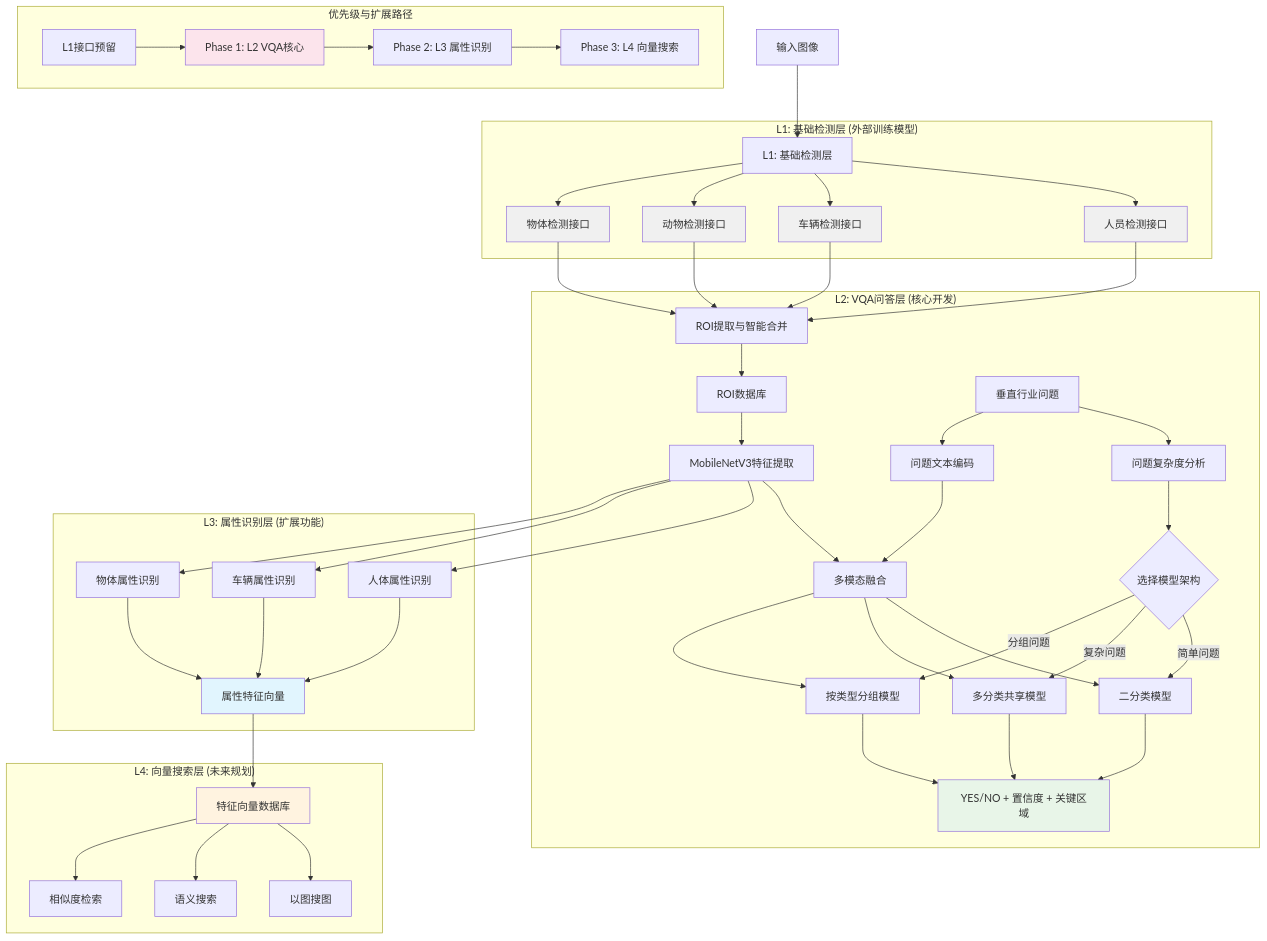
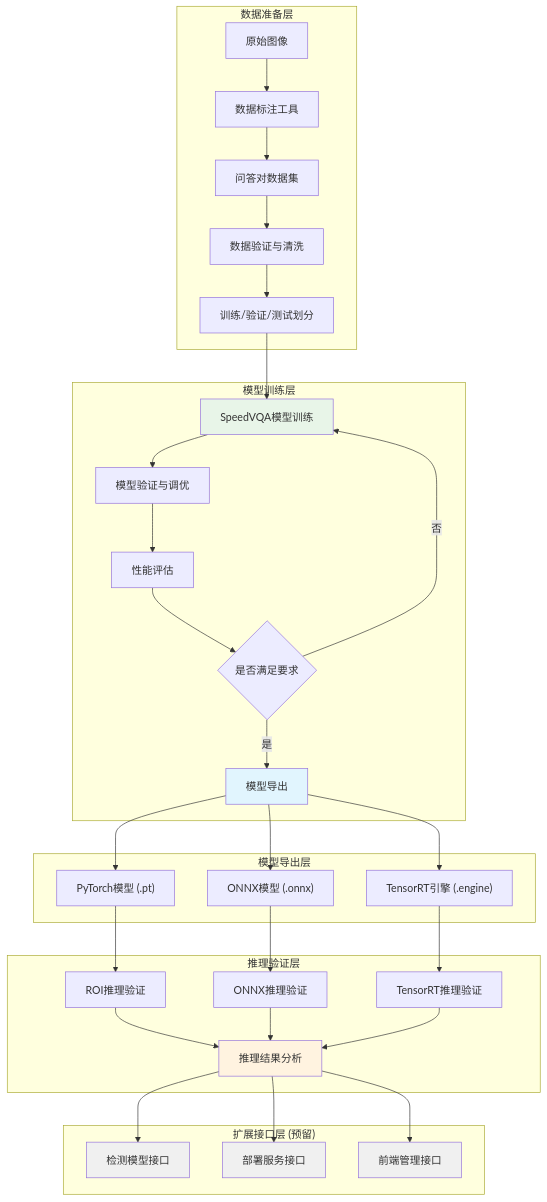
Before and after one commit to wangqiqi/SpeedVQA: the second of 12 diagrams in .kiro/specs/fast-vqa-system/requirements.md, drawn with Mermaid. The commit also changed other lines of this file, not shown here.

First line of the commit message:
完善SpeedVQA需求文档：修复Mermaid语法，重构优先级，增加扩展性接口设计

````diff
--- a/.kiro/specs/fast-vqa-system/requirements.md
+++ b/.kiro/specs/fast-vqa-system/requirements.md
@@ -48,68 +49,47 @@
 ```mermaid
 graph TD
-    A[输入图像] --> B[L1: 基础检测层]
-    
-    subgraph "L1: 基础检测层 (外部训练模型)"
-        B --> C[人员检测接口]
-        B --> D[车辆检测接口]
-        B --> E[动物检测接口]
-        B --> F[物体检测接口]
+    subgraph "数据准备层"
+        A[原始图像] --> B[数据标注工具]
+        B --> C[问答对数据集]
+        C --> D[数据验证与清洗]
+        D --> E[训练/验证/测试划分]
     end
     
-    C --> G[ROI提取与智能合并]
-    D --> G
-    E --> G
-    F --> G
-    
-    subgraph "L2: VQA问答层 (核心开发)"
-        G --> H[ROI数据库]
-        I[垂直行业问题] --> J[问题复杂度分析]
-        J --> K{选择模型架构}
-        K -->|简单问题| L[二分类模型]
-        K -->|复杂问题| M[多分类共享模型]
-        K -->|分组问题| N[按类型分组模型]
-        
-        H --> O[MobileNetV3特征提取]
-        I --> P[问题文本编码]
-        O --> Q[多模态融合]
-        P --> Q
-        Q --> L
-        Q --> M
-        Q --> N
-        
-        L --> R[YES/NO + 置信度 + 关键区域]
-        M --> R
-        N --> R
+    subgraph "模型训练层"
+        E --> F[SpeedVQA模型训练]
+        F --> G[模型验证与调优]
+        G --> H[性能评估]
+        H --> I{是否满足要求}
+        I -->|否| F
+        I -->|是| J[模型导出]
     end
     
-    subgraph "L3: 属性识别层 (扩展功能)"
-        O --> S[人体属性识别]
-        O --> T[车辆属性识别]
-        O --> U[物体属性识别]
-        S --> V[属性特征向量]
-        T --> V
-        U --> V
+    subgraph "模型导出层"
+        J --> K["PyTorch模型 (.pt)"]
+        J --> L["ONNX模型 (.onnx)"]
+        J --> M["TensorRT引擎 (.engine)"]
     end
     
-    subgraph "L4: 向量搜索层 (未来规划)"
-        V --> W[特征向量数据库]
-        W --> X[以图搜图]
-        W --> Y[语义搜索]
-        W --> Z[相似度检索]
+    subgraph "推理验证层"
+        K --> N[ROI推理验证]
+        L --> O[ONNX推理验证]
+        M --> P[TensorRT推理验证]
+        
+        N --> Q[推理结果分析]
+        O --> Q
+        P --> Q
     end
     
-    subgraph "优先级与扩展路径"
-        AA[Phase 1: L2 VQA核心] --> BB[Phase 2: L3 属性识别]
-        BB --> CC[Phase 3: L4 向量搜索]
-        DD[L1接口预留] --> AA
+    subgraph "扩展接口层 (预留)"
+        Q --> R[检测模型接口]
+        Q --> S[部署服务接口]
+        Q --> T[前端管理接口]
     end
     
-    style C fill:#f0f0f0
-    style D fill:#f0f0f0
-    style E fill:#f0f0f0
-    style F fill:#f0f0f0
-    style R fill:#e8f5e8
-    style V fill:#e1f5fe
-    style W fill:#fff3e0
-    style AA fill:#fce4ec
+    style F fill:#e8f5e8
+    style J fill:#e1f5fe
+    style Q fill:#fff3e0
+    style R fill:#f0f0f0
+    style S fill:#f0f0f0
+    style T fill:#f0f0f0
 ```
````
